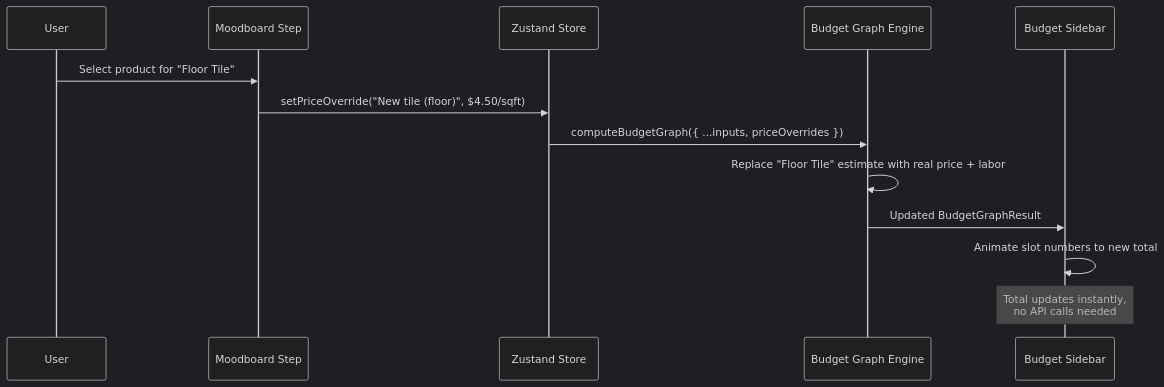
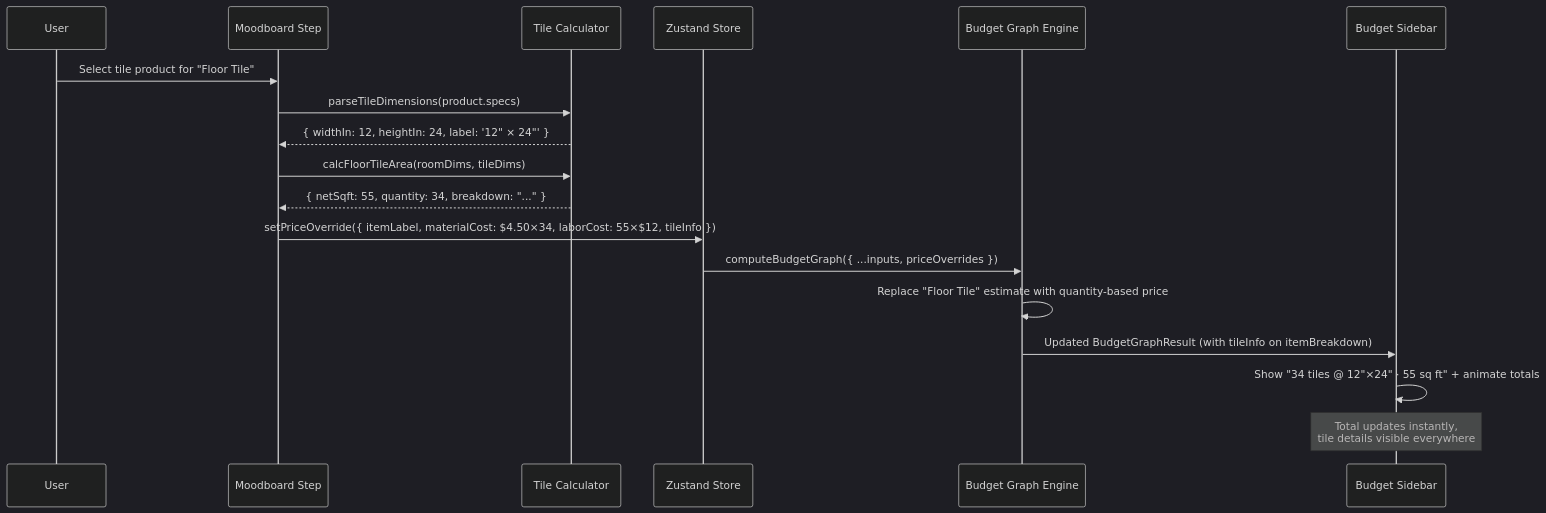
Before and after one commit to ttran1904/before-the-build: the fourth of 4 diagrams in BUDGET_ESTIMATOR_GRAPH.md, drawn with Mermaid (dark theme). The commit also changed other lines of this file and 5 other files, not shown here.

Commit message:
Update Graph on number of tiles and update checklist to categorize items

````diff
--- a/BUDGET_ESTIMATOR_GRAPH.md
+++ b/BUDGET_ESTIMATOR_GRAPH.md
@@ -119,16 +205,21 @@
 ```mermaid
 sequenceDiagram
     participant User
     participant Moodboard as Moodboard Step
+    participant TileCalc as Tile Calculator
     participant Store as Zustand Store
     participant Engine as Budget Graph Engine
     participant Sidebar as Budget Sidebar
 
-    User->>Moodboard: Select product for "Floor Tile"
-    Moodboard->>Store: setPriceOverride("New tile (floor)", $4.50/sqft)
+    User->>Moodboard: Select tile product for "Floor Tile"
+    Moodboard->>TileCalc: parseTileDimensions(product.specs)
+    TileCalc-->>Moodboard: { widthIn: 12, heightIn: 24, label: '12" × 24"' }
+    Moodboard->>TileCalc: calcFloorTileArea(roomDims, tileDims)
+    TileCalc-->>Moodboard: { netSqft: 55, quantity: 34, breakdown: "..." }
+    Moodboard->>Store: setPriceOverride({ itemLabel, materialCost: $4.50×34, laborCost: 55×$12, tileInfo })
     Store->>Engine: computeBudgetGraph({ ...inputs, priceOverrides })
-    Engine->>Engine: Replace "Floor Tile" estimate with real price + labor
-    Engine->>Sidebar: Updated BudgetGraphResult
-    Sidebar->>Sidebar: Animate slot numbers to new total
-    Note over Sidebar: Total updates instantly,<br/>no API calls needed
+    Engine->>Engine: Replace "Floor Tile" estimate with quantity-based price
+    Engine->>Sidebar: Updated BudgetGraphResult (with tileInfo on itemBreakdown)
+    Sidebar->>Sidebar: Show "34 tiles @ 12"×24" · 55 sq ft" + animate totals
+    Note over Sidebar: Total updates instantly,<br/>tile details visible everywhere
 ```
````
